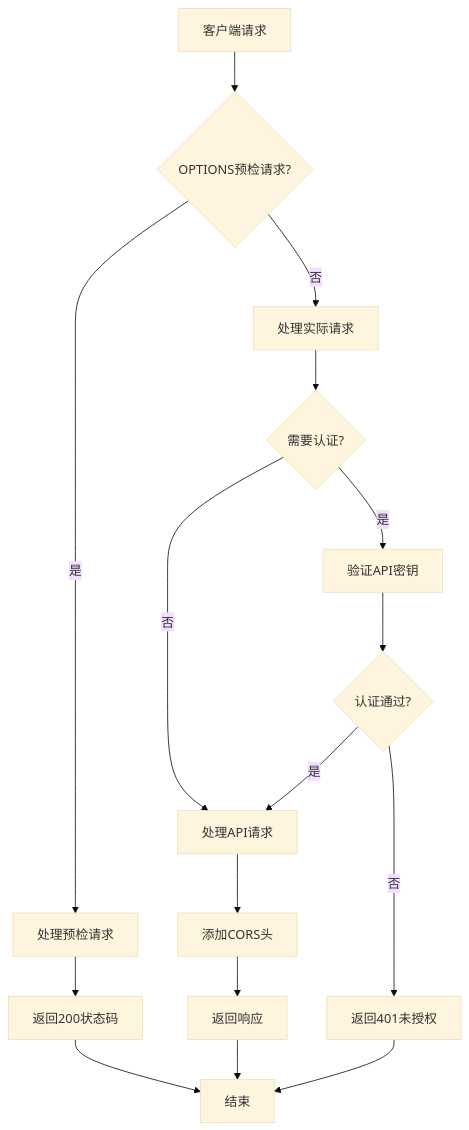
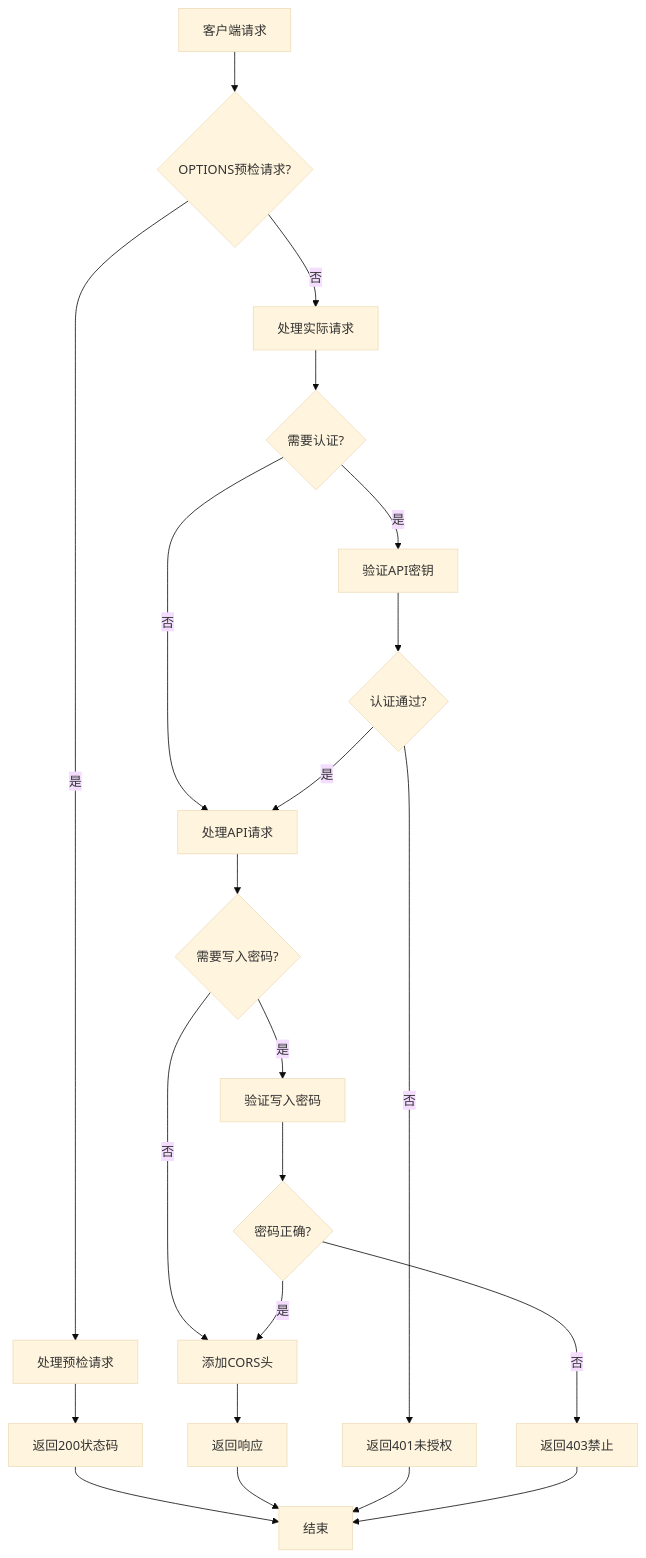
Before and after one commit to steveyu2/formula-mapper: the ninth of 14 diagrams in .qoder/repowiki/zh/content/用户指南/数据管理/云存储系统.md, drawn with Mermaid (base theme). The commit also changed other lines of this file and 5 other files, not shown here.

````diff
--- a/.qoder/repowiki/zh/content/用户指南/数据管理/云存储系统.md
+++ b/.qoder/repowiki/zh/content/用户指南/数据管理/云存储系统.md
@@ -482,18 +496,24 @@
 ```mermaid
 flowchart TD
 Request[客户端请求] --> Preflight{OPTIONS预检请求?}
 Preflight --> |是| HandlePreflight[处理预检请求]
 HandlePreflight --> Return200[返回200状态码]
 Return200 --> End[结束]
 Preflight --> |否| ProcessRequest[处理实际请求]
 ProcessRequest --> CheckAuth{需要认证?}
 CheckAuth --> |是| ValidateAuth[验证API密钥]
 CheckAuth --> |否| ProcessAPI[处理API请求]
 ValidateAuth --> AuthValid{认证通过?}
 AuthValid --> |是| ProcessAPI
 AuthValid --> |否| Return401[返回401未授权]
-ProcessAPI --> AddCORS[添加CORS头]
+ProcessAPI --> CheckWritePassword{需要写入密码?}
+CheckWritePassword --> |是| ValidateWritePassword[验证写入密码]
+CheckWritePassword --> |否| AddCORS[添加CORS头]
+ValidateWritePassword --> PasswordValid{密码正确?}
+PasswordValid --> |是| AddCORS
+PasswordValid --> |否| Return403[返回403禁止]
 AddCORS --> ReturnResponse[返回响应]
 ReturnResponse --> End
 Return401 --> End
+Return403 --> End
 ```
````
